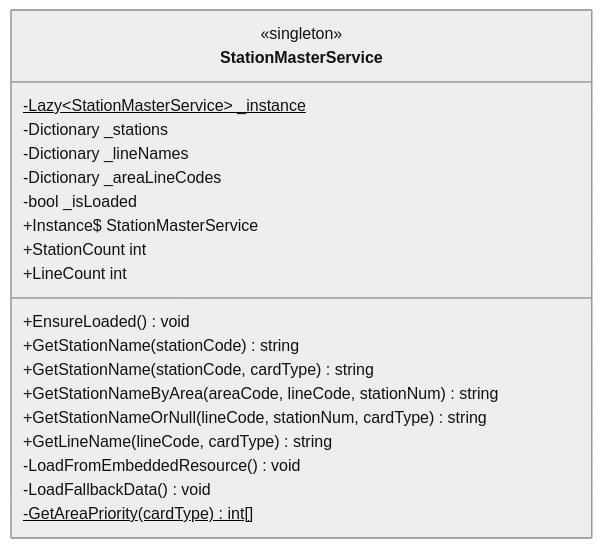
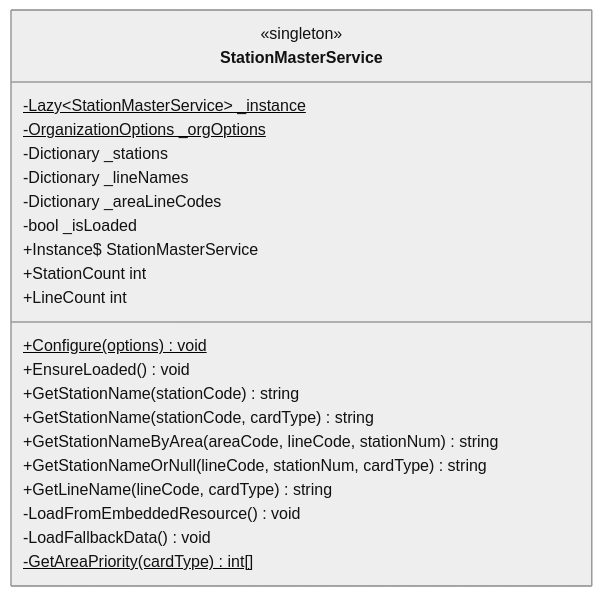
Before and after one commit to kuwayamamasayuki/ICCardManager: diagram 13 of 36 in ICCardManager/docs/design/05_クラス設計書.md, drawn with Mermaid (neutral theme). The commit also changed other lines of this file, not shown here.

First line of the commit message:
docs: クラス設計書にOrganizationOptionsを追加し、Configure()メソッドを反映

````diff
--- a/ICCardManager/docs/design/05_クラス設計書.md
+++ b/ICCardManager/docs/design/05_クラス設計書.md
@@ -587,23 +592,25 @@
 ```mermaid
 classDiagram
     class StationMasterService {
         <<singleton>>
         -Lazy~StationMasterService~ _instance$
+        -OrganizationOptions _orgOptions$
         -Dictionary _stations
         -Dictionary _lineNames
         -Dictionary _areaLineCodes
         -bool _isLoaded
         +Instance$ StationMasterService
+        +Configure(options)$ void
         +EnsureLoaded() void
         +GetStationName(stationCode) string
         +GetStationName(stationCode, cardType) string
         +GetStationNameByArea(areaCode, lineCode, stationNum) string
         +GetStationNameOrNull(lineCode, stationNum, cardType) string
         +GetLineName(lineCode, cardType) string
         +StationCount int
         +LineCount int
         -LoadFromEmbeddedResource() void
         -LoadFallbackData() void
         -GetAreaPriority(cardType)$ int[]
     }
 ```
````
